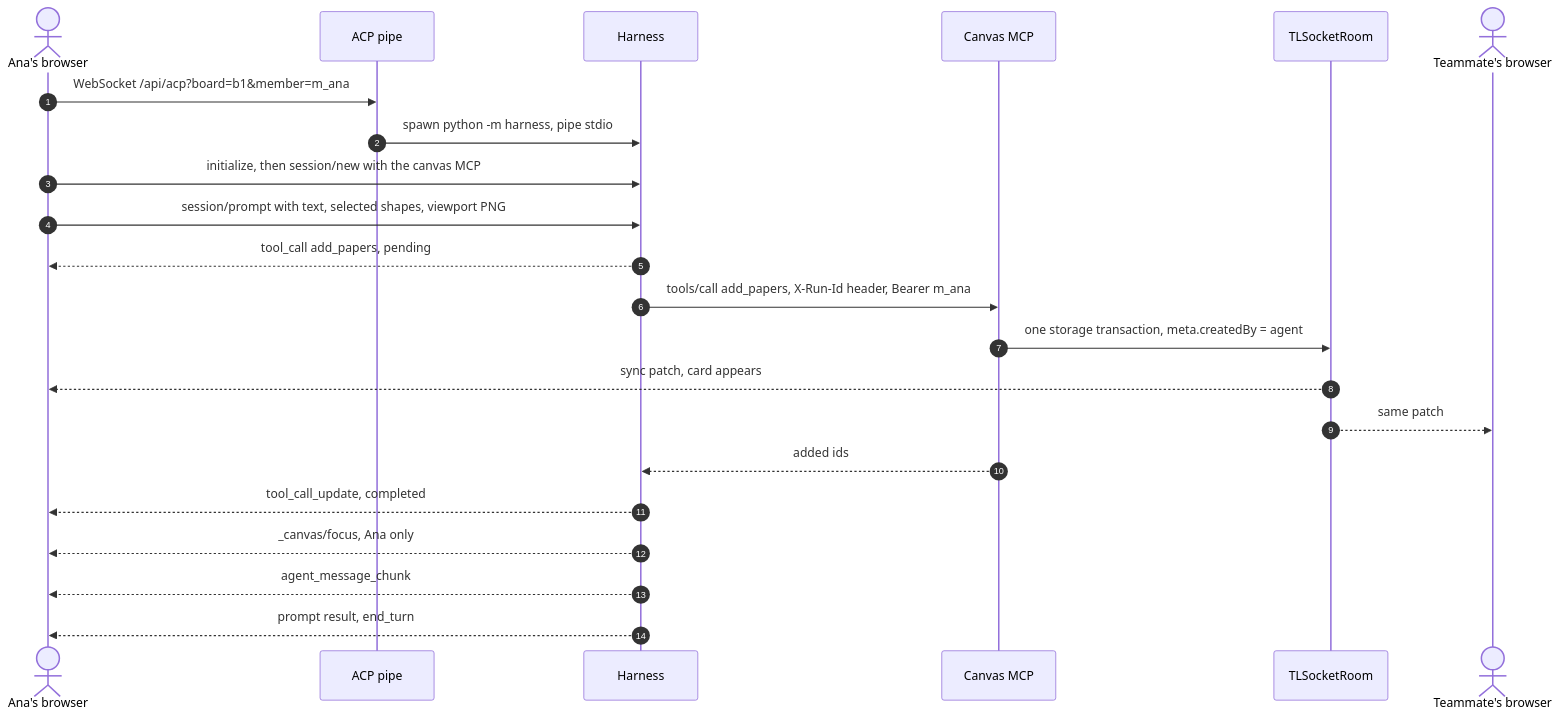
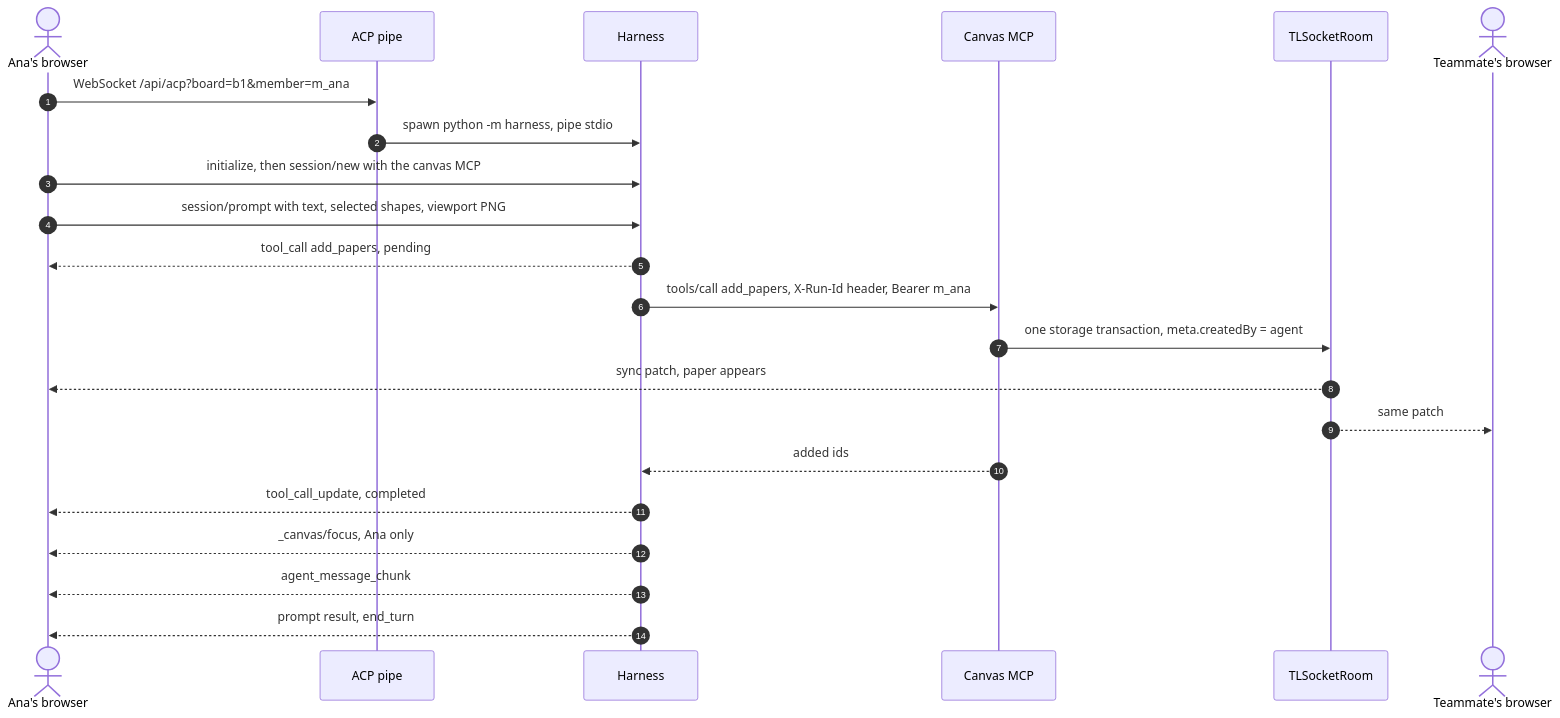
One commit to kmariuszk/nebius-hackathon changed the third of 3 diagrams in docs/wps/tldraw-integration/README.md. Above: the diagram before and after it, drawn with Mermaid. The commit also changed other lines of this file and 15 other files, not shown here.

````diff
--- a/docs/wps/tldraw-integration/README.md
+++ b/docs/wps/tldraw-integration/README.md
@@ -189,24 +190,24 @@
 ```mermaid
 sequenceDiagram
   autonumber
   actor A as Ana's browser
   participant P as ACP pipe
   participant H as Harness
   participant C as Canvas MCP
   participant R as TLSocketRoom
   actor T as Teammate's browser
   A->>P: WebSocket /api/acp?board=b1&member=m_ana
   P->>H: spawn python -m harness, pipe stdio
   A->>H: initialize, then session/new with the canvas MCP
   A->>H: session/prompt with text, selected shapes, viewport PNG
   H-->>A: tool_call add_papers, pending
   H->>C: tools/call add_papers, X-Run-Id header, Bearer m_ana
   C->>R: one storage transaction, meta.createdBy = agent
-  R-->>A: sync patch, card appears
+  R-->>A: sync patch, paper appears
   R-->>T: same patch
   C-->>H: added ids
   H-->>A: tool_call_update, completed
   H-->>A: _canvas/focus, Ana only
   H-->>A: agent_message_chunk
   H-->>A: prompt result, end_turn
 ```
````
